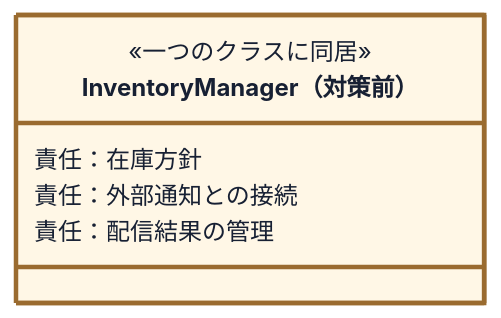
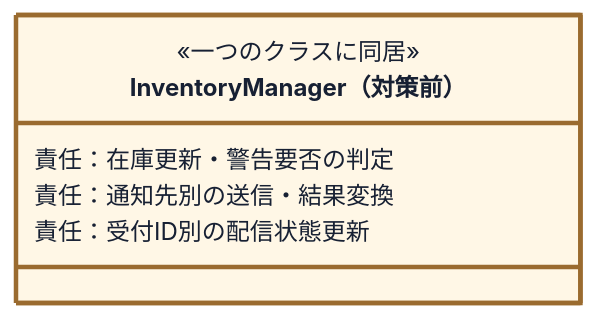
One commit to kumachan1101-pixel/DesignPattern changed the seventh of 18 diagrams in kindle/design-patterns/books/volume01-core-patterns/output/05-chapter03.md. Above: the diagram before and after it, drawn with Mermaid. The commit also changed other lines of this file and 17 other files, not shown here.

````diff
--- a/kindle/design-patterns/books/volume01-core-patterns/output/05-chapter03.md
+++ b/kindle/design-patterns/books/volume01-core-patterns/output/05-chapter03.md
@@ -1442,13 +1366,13 @@
 ```mermaid
 classDiagram
     %% provisional-role-diagram
     direction TB
     class TrialInventory["InventoryManager（対策前）"]:::current {
         <<一つのクラスに同居>>
-        責任：在庫方針
-        責任：外部通知との接続
-        責任：配信結果の管理
+        責任：在庫更新・警告要否の判定
+        責任：通知先別の送信・結果変換
+        責任：受付ID別の配信状態更新
     }
 
     classDef current fill:#fff7e6,stroke:#9a6b2f,stroke-width:3px,color:#172033;
 ```
````
